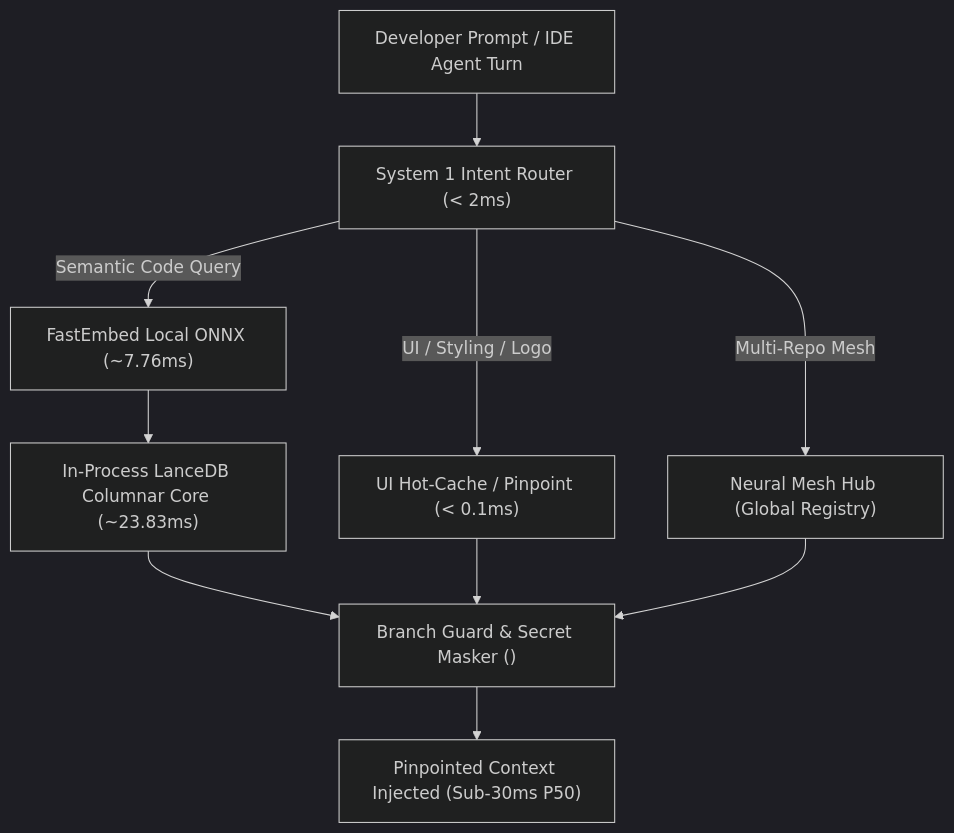
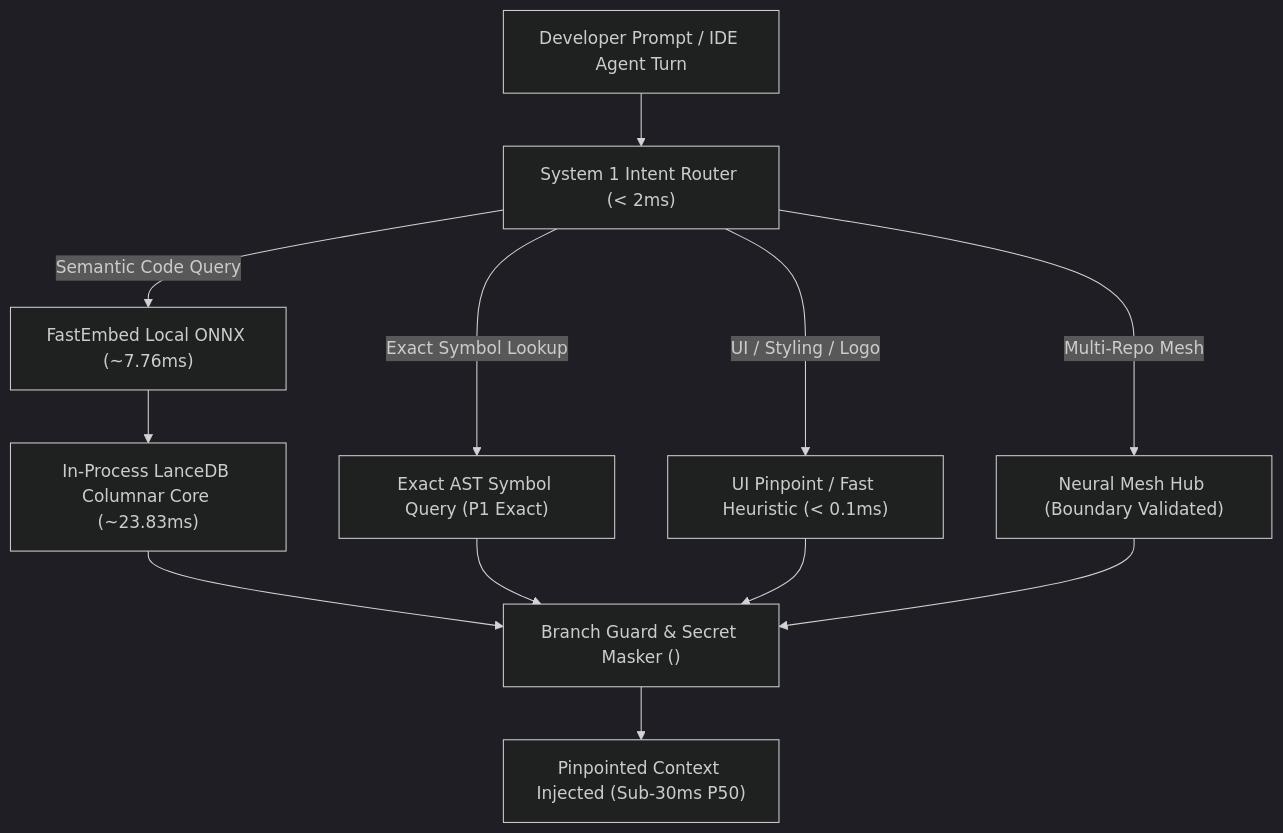
Before and after one commit to vishalvermauts/PolyFabric: the diagram in README.md, drawn with Mermaid (dark theme). The commit also changed other lines of this file and 8 other files, not shown here.

Commit message:
fix(core): enforce path containment, atomic file upsert, watcher lifecycle, secret masking, and exact symbol lookup

````diff
--- a/README.md
+++ b/README.md
@@ -37,15 +39,17 @@
 ```mermaid
 flowchart TD
     User["Developer Prompt / IDE Agent Turn"] --> S1["System 1 Intent Router (< 2ms)"]
     
-    S1 -->|UI / Styling / Logo| UICache["UI Hot-Cache / Pinpoint (< 0.1ms)"]
-    S1 -->|Multi-Repo Mesh| MeshHub["Neural Mesh Hub (Global Registry)"]
+    S1 -->|UI / Styling / Logo| UICache["UI Pinpoint / Fast Heuristic (< 0.1ms)"]
+    S1 -->|Exact Symbol Lookup| SymIndex["Exact AST Symbol Query (P1 Exact)"]
+    S1 -->|Multi-Repo Mesh| MeshHub["Neural Mesh Hub (Boundary Validated)"]
     S1 -->|Semantic Code Query| Embed["FastEmbed Local ONNX (~7.76ms)"]
     
     Embed --> LanceCore["In-Process LanceDB Columnar Core (~23.83ms)"]
     LanceCore --> Filter["Branch Guard & Secret Masker (<SECRET_REF>)"]
+    SymIndex --> Filter
     UICache --> Filter
     MeshHub --> Filter
     
     Filter --> Output["Pinpointed Context Injected (Sub-30ms P50)"]
 ```
````
